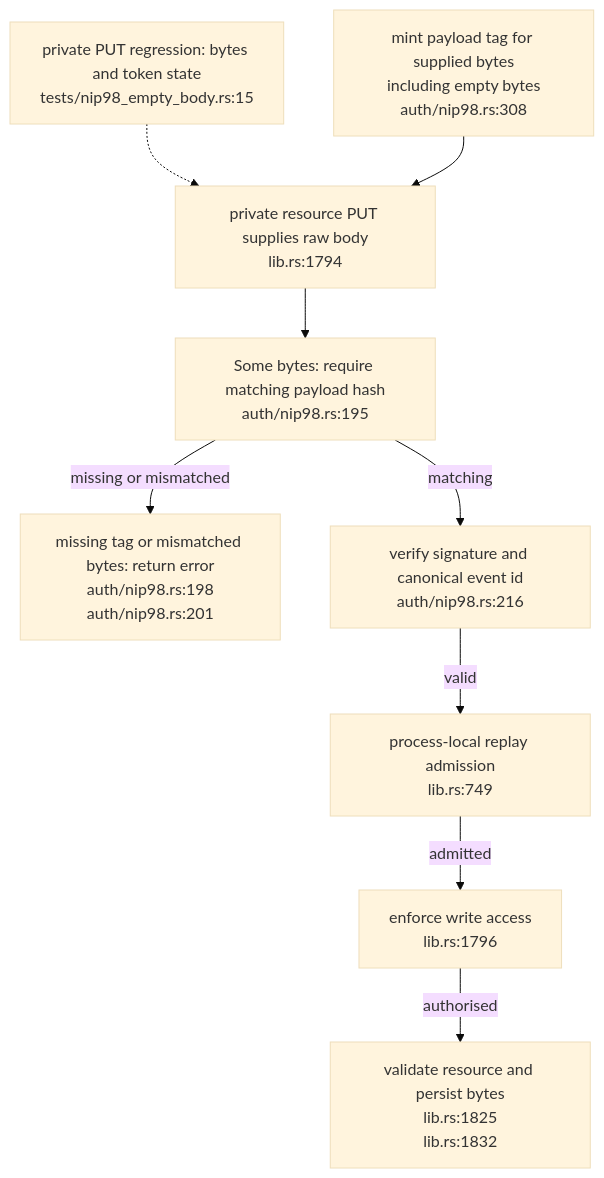
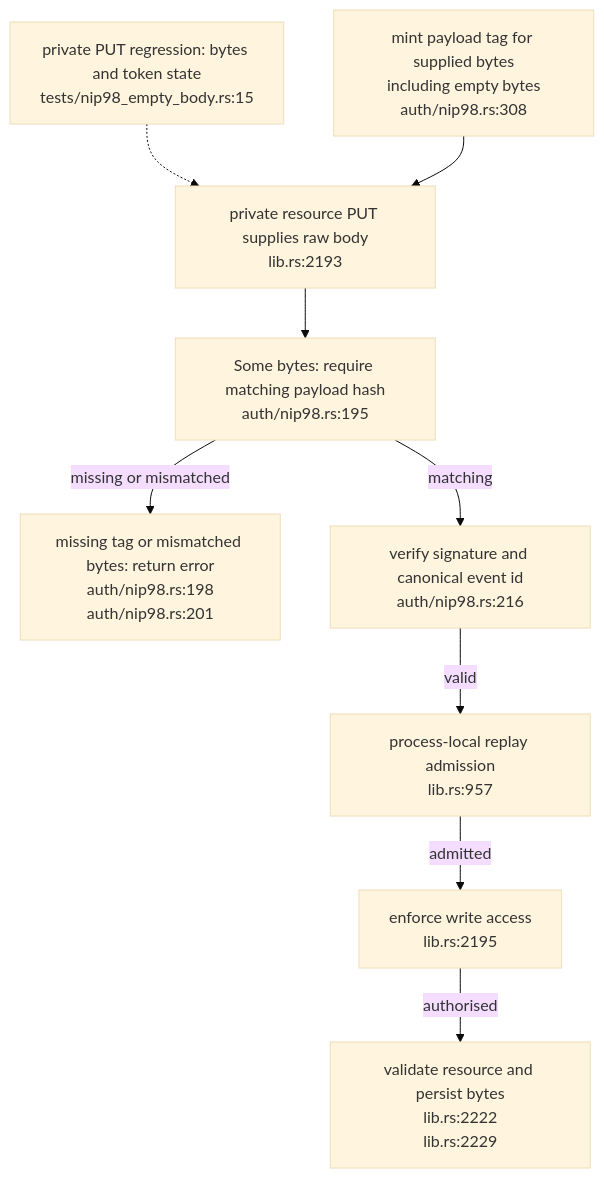
The diagram in docs/diagrams/solid-pod-rs/11-empty-body-binding.md (DreamLab-AI/VisionFlow), drawn with Mermaid (base theme) before and after one commit. The commit also changed other lines of this file and 2 other files, not shown here.

Commit message:
docs(diagrams): SP-05, SP-11, SP-12 re-verified at solid-pod-rs a28a748
Citations re-anchored by text match from their prior stamps, flagged ones
read, lost and misread ones re-derived from the symbol. SP-05.7/.8/.16
redrawn for the shared RFC 9449 htu check, case-sensitive htm, the
PendingDpopProof guard, refusal at jti capacity, the exp/nbf leeway clamp,
malformed webid refusal and record-after-acceptance in the IdP. SP-12's
401 challenge names only the schemes admission honours; pinned clients
never use a proxy. SP-11/SP-12 state the alpha.19 release.

````diff
--- a/docs/diagrams/solid-pod-rs/11-empty-body-binding.md
+++ b/docs/diagrams/solid-pod-rs/11-empty-body-binding.md
@@ -24,19 +24,19 @@
 ```mermaid
 flowchart TD
     MINT["mint payload tag for supplied bytes<br/>including empty bytes<br/>auth/nip98.rs:308"]
-    PUT["private resource PUT supplies raw body<br/>lib.rs:1794"]
+    PUT["private resource PUT supplies raw body<br/>lib.rs:2193"]
     BODY["Some bytes: require matching payload hash<br/>auth/nip98.rs:195"]
     REJECT["missing tag or mismatched bytes: return error<br/>auth/nip98.rs:198<br/>auth/nip98.rs:201"]
     SIGN["verify signature and canonical event id<br/>auth/nip98.rs:216"]
-    CLAIM["process-local replay admission<br/>lib.rs:749"]
-    WAC["enforce write access<br/>lib.rs:1796"]
-    WRITE["validate resource and persist bytes<br/>lib.rs:1825<br/>lib.rs:1832"]
+    CLAIM["process-local replay admission<br/>lib.rs:957"]
+    WAC["enforce write access<br/>lib.rs:2195"]
+    WRITE["validate resource and persist bytes<br/>lib.rs:2222<br/>lib.rs:2229"]
     TEST["private PUT regression: bytes and token state<br/>tests/nip98_empty_body.rs:15"]
     TEST -.-> PUT
     MINT --> PUT --> BODY
     BODY -->|missing or mismatched| REJECT
     BODY -->|matching| SIGN
     SIGN -->|valid| CLAIM
     CLAIM -->|admitted| WAC
     WAC -->|authorised| WRITE
 ```
````
